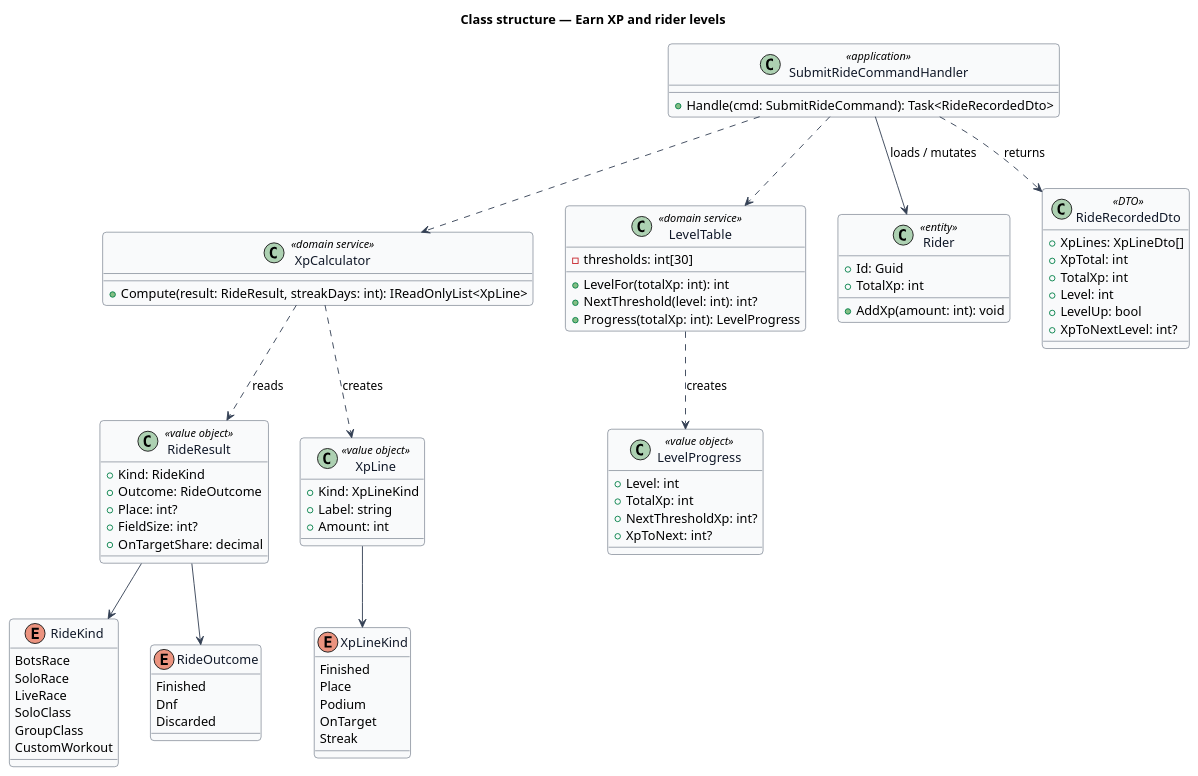
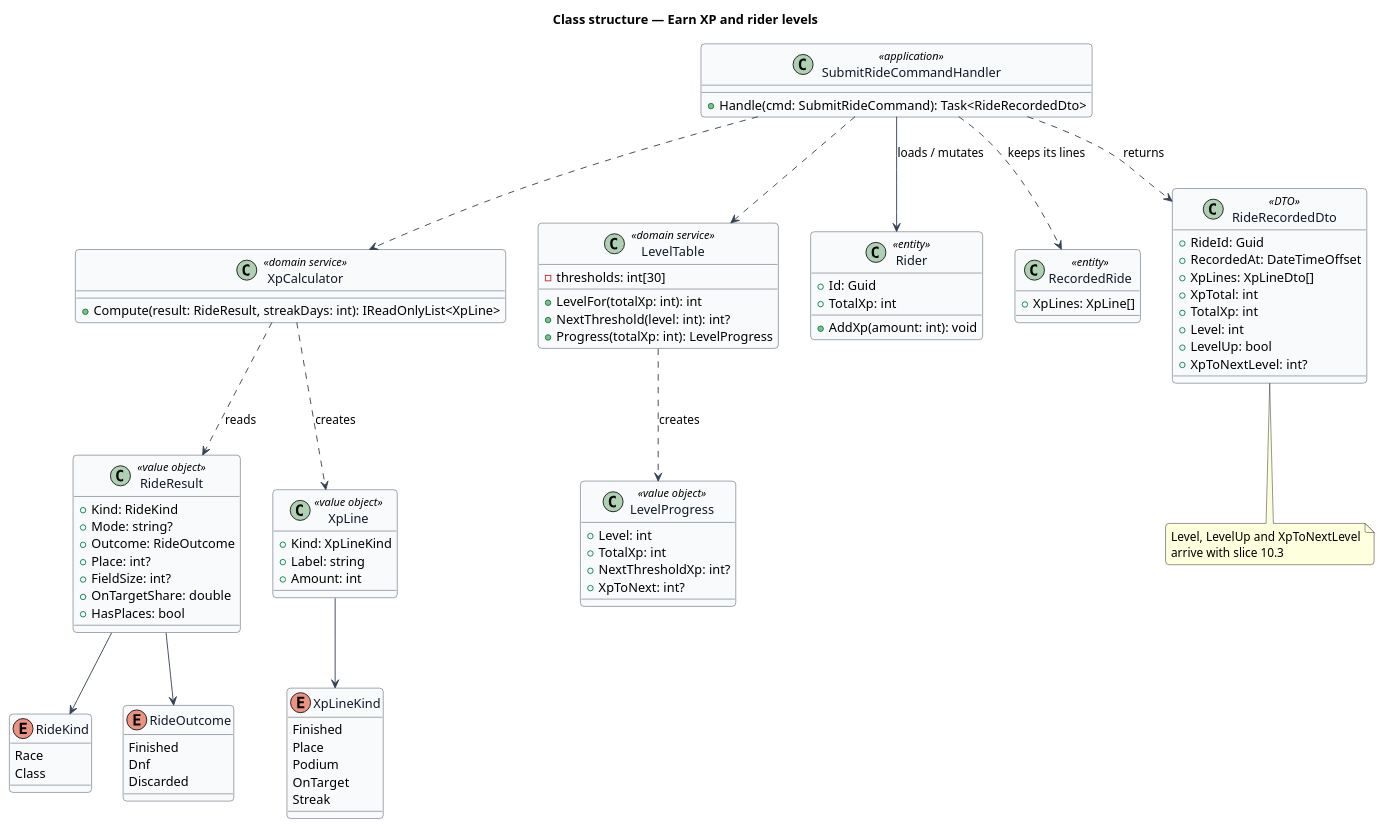
One commit to QuinntyneBrown/ride-one changed the diagram in docs/detailed-designs/progression/earn-xp-and-rider-levels/diagrams/class-structure.puml. Above: the diagram before and after it, drawn with PlantUML. The commit also changed 6 other files, not shown here.

First line of the commit message:
Align the XP design with the ride model slice 10.1 built

```diff
--- a/docs/detailed-designs/progression/earn-xp-and-rider-levels/diagrams/class-structure.puml
+++ b/docs/detailed-designs/progression/earn-xp-and-rider-levels/diagrams/class-structure.puml
@@ -1,88 +1,93 @@
 @startuml
 ' --- shared skin header ---
 skinparam backgroundColor #FFFFFF
 skinparam shadowing false
 skinparam roundcorner 8
 skinparam defaultFontName Arial
 skinparam ArrowColor #344054
 skinparam class {
   BorderColor #344054
   FontColor #101828
   BackgroundColor #F9FAFB
 }
 ' --------------------------
 title Class structure — Earn XP and rider levels
 enum RideKind {
-  BotsRace
-  SoloRace
-  LiveRace
-  SoloClass
-  GroupClass
-  CustomWorkout
+  Race
+  Class
 }
 enum RideOutcome {
   Finished
   Dnf
   Discarded
 }
 class RideResult <<value object>> {
   +Kind: RideKind
+  +Mode: string?
   +Outcome: RideOutcome
   +Place: int?
   +FieldSize: int?
-  +OnTargetShare: decimal
+  +OnTargetShare: double
+  +HasPlaces: bool
 }
 enum XpLineKind {
   Finished
   Place
   Podium
   OnTarget
   Streak
 }
 class XpLine <<value object>> {
   +Kind: XpLineKind
   +Label: string
   +Amount: int
 }
 class XpCalculator <<domain service>> {
   +Compute(result: RideResult, streakDays: int): IReadOnlyList<XpLine>
 }
 class LevelTable <<domain service>> {
   -thresholds: int[30]
   +LevelFor(totalXp: int): int
   +NextThreshold(level: int): int?
   +Progress(totalXp: int): LevelProgress
 }
 class LevelProgress <<value object>> {
   +Level: int
   +TotalXp: int
   +NextThresholdXp: int?
   +XpToNext: int?
 }
 class Rider <<entity>> {
   +Id: Guid
   +TotalXp: int
   +AddXp(amount: int): void
 }
 class SubmitRideCommandHandler <<application>> {
   +Handle(cmd: SubmitRideCommand): Task<RideRecordedDto>
 }
+class RecordedRide <<entity>> {
+  +XpLines: XpLine[]
+}
 class RideRecordedDto <<DTO>> {
+  +RideId: Guid
+  +RecordedAt: DateTimeOffset
   +XpLines: XpLineDto[]
   +XpTotal: int
   +TotalXp: int
   +Level: int
   +LevelUp: bool
   +XpToNextLevel: int?
 }
 XpCalculator ..> RideResult : reads
 XpCalculator ..> XpLine : creates
 XpLine --> XpLineKind
 RideResult --> RideKind
 RideResult --> RideOutcome
 LevelTable ..> LevelProgress : creates
 SubmitRideCommandHandler ..> XpCalculator
 SubmitRideCommandHandler ..> LevelTable
 SubmitRideCommandHandler --> Rider : loads / mutates
 SubmitRideCommandHandler ..> RideRecordedDto : returns
+SubmitRideCommandHandler ..> RecordedRide : keeps its lines
+note bottom of RideRecordedDto : Level, LevelUp and XpToNextLevel\narrive with slice 10.3
 @enduml
```
